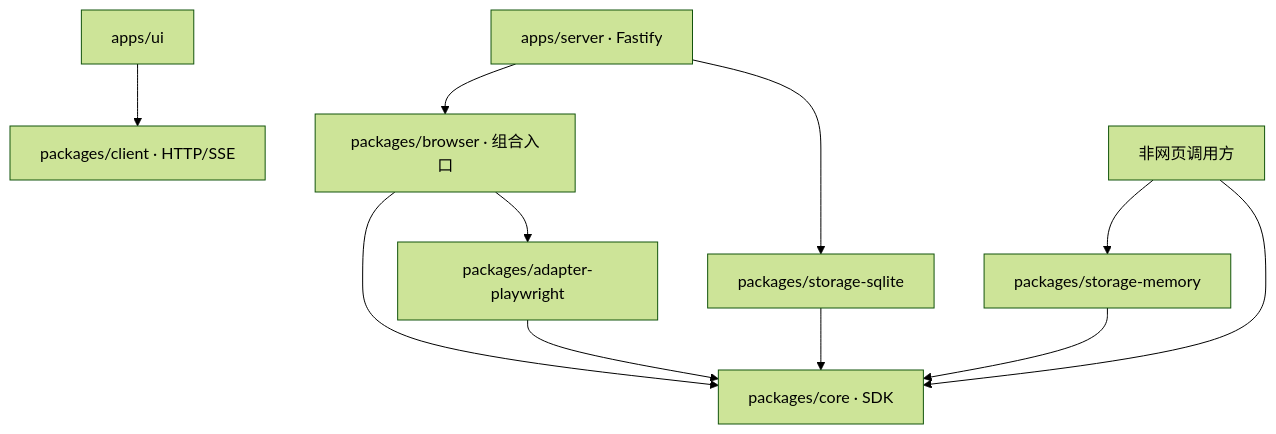
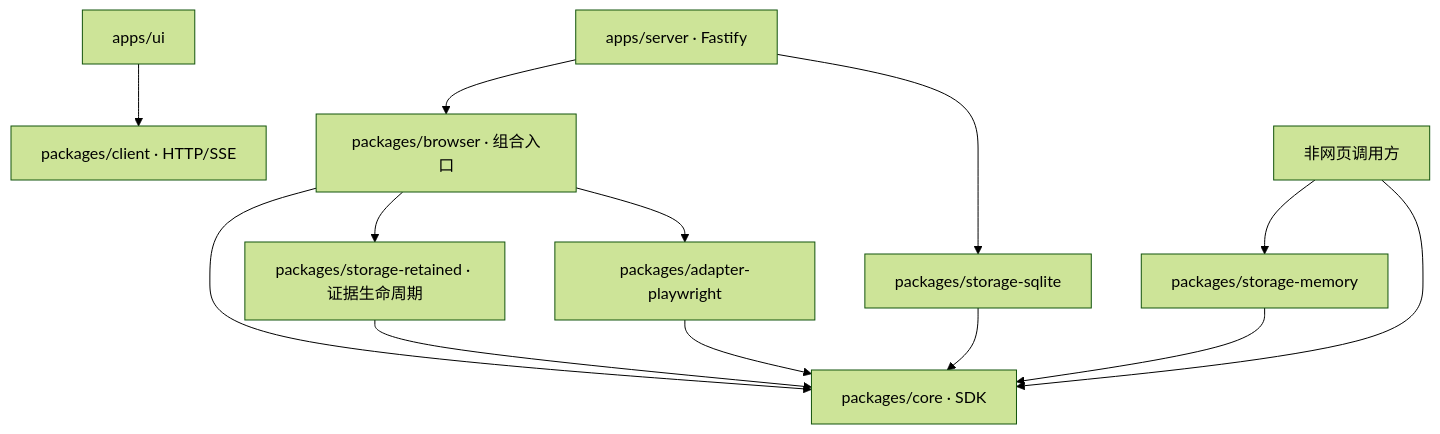
One commit to FailLone/browser-interaction-engine changed the diagram in docs/ARCHITECTURE.md. Above: the diagram before and after it, drawn with Mermaid (forest theme). The commit also changed other lines of this file and 32 other files, not shown here.

````diff
--- a/docs/ARCHITECTURE.md
+++ b/docs/ARCHITECTURE.md
@@ -7,13 +7,15 @@
 ```mermaid
 flowchart TD
   UI[apps/ui] --> Client[packages/client · HTTP/SSE]
   Server[apps/server · Fastify] --> Browser[packages/browser · 组合入口]
   Server --> SQLite[packages/storage-sqlite]
   Browser --> PW[packages/adapter-playwright]
   Browser --> Core[packages/core · SDK]
+  Browser --> Retained[packages/storage-retained · 证据生命周期]
+  Retained --> Core
   PW --> Core
   SQLite --> Core
   Memory[packages/storage-memory] --> Core
   Caller[非网页调用方] --> Core
   Caller --> Memory
 ```
````
